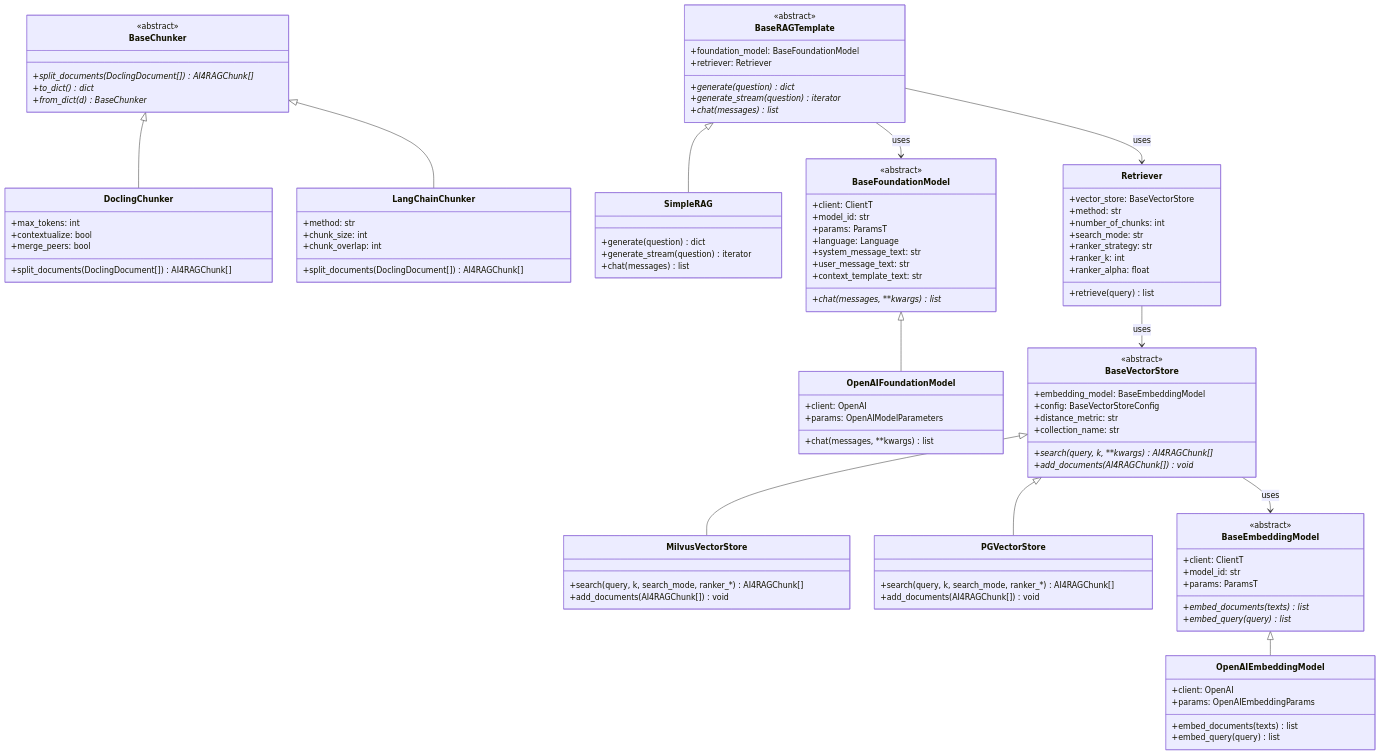
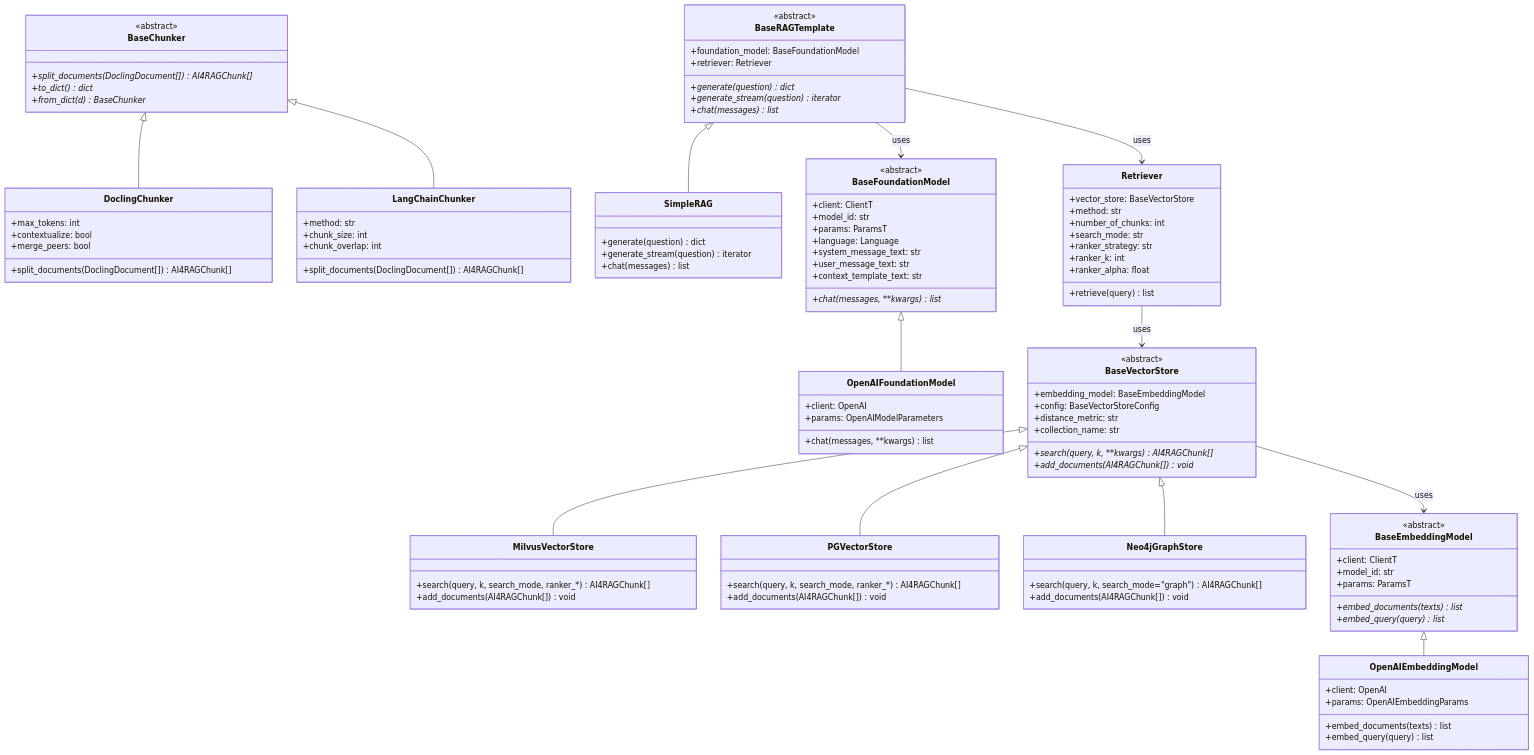
The diagram in docs/architecture/rag-components.md (IBM/ai4rag), drawn with Mermaid before and after one commit. The commit also changed other lines of this file and 14 other files, not shown here.

```diff
--- a/docs/architecture/rag-components.md
+++ b/docs/architecture/rag-components.md
@@ -62,6 +62,11 @@
         +add_documents(AI4RAGChunk[]) void
     }
 
+    class Neo4jGraphStore {
+        +search(query, k, search_mode="graph") AI4RAGChunk[]
+        +add_documents(AI4RAGChunk[]) void
+    }
+
     class BaseChunker {
         <<abstract>>
         +split_documents(DoclingDocument[])* AI4RAGChunk[]
@@ -113,6 +118,7 @@
     BaseEmbeddingModel <|-- OpenAIEmbeddingModel
     BaseVectorStore <|-- MilvusVectorStore
     BaseVectorStore <|-- PGVectorStore
+    BaseVectorStore <|-- Neo4jGraphStore
     BaseChunker <|-- DoclingChunker
     BaseChunker <|-- LangChainChunker
     BaseRAGTemplate <|-- SimpleRAG
```
